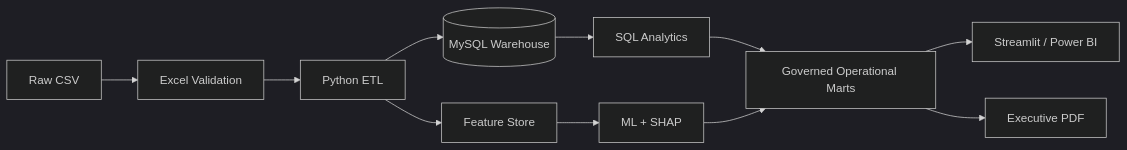
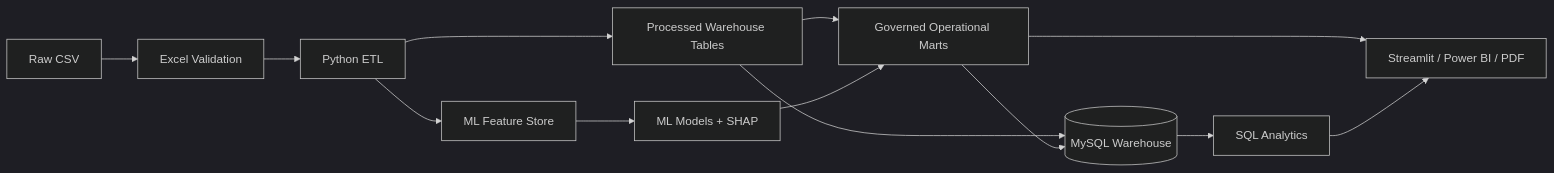
One commit to suhani-chauhan56/Hospital-Operations-Intelligence-Platform changed the diagram in README.md. Above: the diagram before and after it, drawn with Mermaid (dark theme). The commit also changed other lines of this file, not shown here.

Commit message:
docs: update README with project implementation details, architecture diagrams, and MySQL deployment instructions

````diff
--- a/README.md
+++ b/README.md
@@ -31,13 +39,15 @@
 ```mermaid
 flowchart LR
     A[Raw CSV] --> B[Excel Validation]
     B --> C[Python ETL]
-    C --> D[(MySQL Warehouse)]
-    C --> E[Feature Store]
-    D --> F[SQL Analytics]
-    E --> G[ML + SHAP]
-    F --> H[Governed Operational Marts]
+    C --> D[Processed Warehouse Tables]
+    C --> E[ML Feature Store]
+    E --> F[ML Models + SHAP]
+    D --> G[Governed Operational Marts]
+    F --> G
+    D --> H[(MySQL Warehouse)]
     G --> H
-    H --> I[Streamlit / Power BI]
-    H --> J[Executive PDF]
+    H --> I[SQL Analytics]
+    G --> J[Streamlit / Power BI / PDF]
+    I --> J
 ```
````
